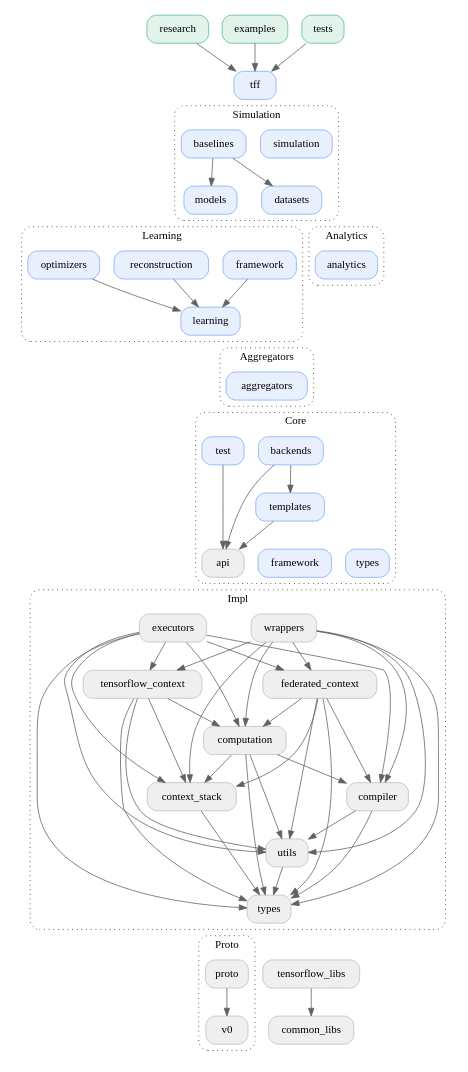
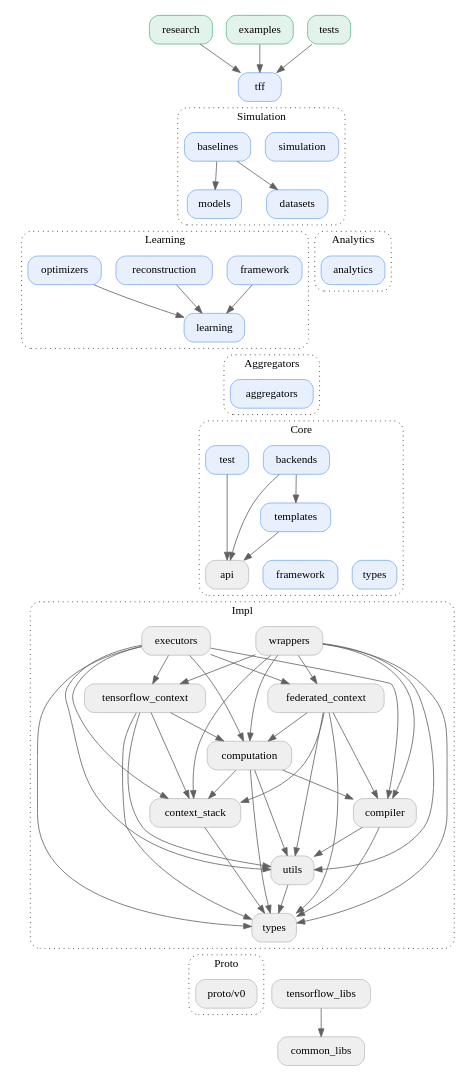
The diagram in docs/design/package_structure.dot (google-parfait/tensorflow-federated), drawn with Graphviz before and after one commit. The commit also changed 1 other file, not shown here.

```diff
--- a/docs/design/package_structure.dot
+++ b/docs/design/package_structure.dot
@@ -9,15 +9,15 @@
   examples -> tff
   tests -> tff
 
-  research [href="#research" target="_parent", fillcolor="#E2F3EB", color="#57BB8A"]
-  examples [href="#examples" target="_parent", fillcolor="#E2F3EB", color="#57BB8A"]
-  tests [href="#tests" target="_parent", fillcolor="#E2F3EB", color="#57BB8A"]
+  research [href="https://github.com/google-research/federated/blob/master/" target="_parent", fillcolor="#E2F3EB", color="#57BB8A"]
+  examples [href="https://github.com/tensorflow/federated/blob/master/tensorflow_federated/python/examples" target="_parent", fillcolor="#E2F3EB", color="#57BB8A"]
+  tests [href="https://github.com/tensorflow/federated/blob/master/tensorflow_federated/python/tests" target="_parent", fillcolor="#E2F3EB", color="#57BB8A"]
 
   // TFF
   tff -> simulation [arrowhead="none", style="invisible"]
   tff -> simulation_baselines [arrowhead="none", style="invisible"]
 
-  tff [href="#tff" target="_parent", fillcolor="#E8F0FE", color="#7BAAF7"]
+  tff [href="https://github.com/tensorflow/federated/blob/master/tensorflow_federated/" target="_parent", fillcolor="#E8F0FE", color="#7BAAF7"]
 
   // Simulation
   simulation_baselines -> simulation_models
@@ -29,11 +29,11 @@
   simulation_datasets -> analytics [arrowhead="none", style="invisible"]
 
   subgraph cluster_simulation {
-    graph [label="Simulation", href="#tff-simulation" target="_parent"]
-    simulation_baselines [label="baselines", href="#tff-simulation" target="_parent", fillcolor="#E8F0FE", color="#7BAAF7"]
-    simulation_models [label="models", href="#tff-simulation" target="_parent", fillcolor="#E8F0FE", color="#7BAAF7"]
-    simulation_datasets [label="datasets", href="#tff-simulation" target="_parent", fillcolor="#E8F0FE", color="#7BAAF7"]
-    simulation [href="#tff-simulation" target="_parent", fillcolor="#E8F0FE", color="#7BAAF7"]
+    graph [label="Simulation", href="https://github.com/tensorflow/federated/blob/master/tensorflow_federated/python/simulation" target="_parent"]
+    simulation_baselines [label="baselines", href="https://github.com/tensorflow/federated/blob/master/tensorflow_federated/python/simulation/baselines" target="_parent", fillcolor="#E8F0FE", color="#7BAAF7"]
+    simulation_models [label="models", href="https://github.com/tensorflow/federated/blob/master/tensorflow_federated/python/simulation/models" target="_parent", fillcolor="#E8F0FE", color="#7BAAF7"]
+    simulation_datasets [label="datasets", href="https://github.com/tensorflow/federated/blob/master/tensorflow_federated/python/simulation/datasets" target="_parent", fillcolor="#E8F0FE", color="#7BAAF7"]
+    simulation [href="https://github.com/tensorflow/federated/blob/master/tensorflow_federated/python/simulation" target="_parent", fillcolor="#E8F0FE", color="#7BAAF7"]
   }
 
   // Learning
@@ -46,19 +46,19 @@
   learning -> aggregators [arrowhead="none", style="invisible"]
 
   subgraph cluster_learning {
-    graph [label="Learning", href="#tff-learning" target="_parent"]
-    learning_framework [label="framework", href="#tff-learning" target="_parent", fillcolor="#E8F0FE", color="#7BAAF7"]
-    learning_optimizers [label="optimizers", href="#tff-learning" target="_parent", fillcolor="#E8F0FE", color="#7BAAF7"]
-    learning_reconstruction [label="reconstruction", href="#tff-learning" target="_parent", fillcolor="#E8F0FE", color="#7BAAF7"]
-    learning [href="#tff-learning" target="_parent", fillcolor="#E8F0FE", color="#7BAAF7"]
+    graph [label="Learning", href="https://github.com/tensorflow/federated/blob/master/tensorflow_federated/python/learning" target="_parent"]
+    learning_framework [label="framework", href="https://github.com/tensorflow/federated/blob/master/tensorflow_federated/python/learning/framework" target="_parent", fillcolor="#E8F0FE", color="#7BAAF7"]
+    learning_optimizers [label="optimizers", href="https://github.com/tensorflow/federated/blob/master/tensorflow_federated/python/learning/optimizers" target="_parent", fillcolor="#E8F0FE", color="#7BAAF7"]
+    learning_reconstruction [label="reconstruction", href="https://github.com/tensorflow/federated/blob/master/tensorflow_federated/python/learning/reconstruction" target="_parent", fillcolor="#E8F0FE", color="#7BAAF7"]
+    learning [href="https://github.com/tensorflow/federated/blob/master/tensorflow_federated/python/learning" target="_parent", fillcolor="#E8F0FE", color="#7BAAF7"]
   }
 
   // Analytics
   analytics -> aggregators [arrowhead="none", style="invisible"]
 
   subgraph cluster_analytics {
-    graph [label="Analytics", href="#tff-analytics" target="_parent"]
-    analytics [href="#tff-analytics" target="_parent", fillcolor="#E8F0FE", color="#7BAAF7"]
+    graph [label="Analytics", href="https://github.com/tensorflow/federated/blob/master/tensorflow_federated/python/analytics" target="_parent"]
+    analytics [href="https://github.com/tensorflow/federated/blob/master/tensorflow_federated/python/analytics" target="_parent", fillcolor="#E8F0FE", color="#7BAAF7"]
   }
 
   // Aggregators
@@ -66,8 +66,8 @@
   aggregators -> core_test [arrowhead="none", style="invisible"]
 
   subgraph cluster_aggregators {
-    graph [label="Aggregators", href="#tff-aggregators" target="_parent"]
-    aggregators [href="#tff-learning" target="_parent", fillcolor="#E8F0FE", color="#7BAAF7"]
+    graph [label="Aggregators", href="https://github.com/tensorflow/federated/blob/master/tensorflow_federated/python/aggregators" target="_parent"]
+    aggregators [href="https://github.com/tensorflow/federated/blob/master/tensorflow_federated/python/aggregators" target="_parent", fillcolor="#E8F0FE", color="#7BAAF7"]
   }
 
   // Core
@@ -82,13 +82,13 @@
   core_api -> impl_executors [arrowhead="none", style="invisible"]
 
   subgraph cluster_core {
-    graph [label="Core", href="#tff-core" target="_parent"]
-    core_backends [label="backends", href="#tff-core" target="_parent", fillcolor="#E8F0FE", color="#7BAAF7"]
-    core_templates [label="templates", href="#tff-core" target="_parent", fillcolor="#E8F0FE", color="#7BAAF7"]
-    core_test [label="test", href="#tff-core" target="_parent", fillcolor="#E8F0FE", color="#7BAAF7"]
-    core_api [label="api", href="#tff-core" target="_parent"]
-    core_framework [label="framework", href="#tff-core" target="_parent", fillcolor="#E8F0FE", color="#7BAAF7"]
-    core_types [label="types", href="#tff-types" target="_parent", fillcolor="#E8F0FE", color="#7BAAF7"]
+    graph [label="Core", href="https://github.com/tensorflow/federated/blob/master/tensorflow_federated/python/core" target="_parent"]
+    core_backends [label="backends", href="https://github.com/tensorflow/federated/blob/master/tensorflow_federated/python/core/backends" target="_parent", fillcolor="#E8F0FE", color="#7BAAF7"]
+    core_templates [label="templates", href="https://github.com/tensorflow/federated/blob/master/tensorflow_federated/python/core/templates" target="_parent", fillcolor="#E8F0FE", color="#7BAAF7"]
+    core_test [label="test", href="https://github.com/tensorflow/federated/blob/master/tensorflow_federated/python/core/test" target="_parent", fillcolor="#E8F0FE", color="#7BAAF7"]
+    core_api [label="api", href="https://github.com/tensorflow/federated/blob/master/tensorflow_federated/python/core/api" target="_parent"]
+    core_framework [label="framework", href="https://github.com/tensorflow/federated/blob/master/tensorflow_federated/python/core/framework" target="_parent", fillcolor="#E8F0FE", color="#7BAAF7"]
+    core_types [label="types", href="https://github.com/tensorflow/federated/blob/master/tensorflow_federated/python/core/types" target="_parent", fillcolor="#E8F0FE", color="#7BAAF7"]
   }
 
   // Impl
@@ -124,34 +124,31 @@
   impl_context_stack -> impl_types
   impl_utils -> impl_types
 
-  impl_types -> proto [arrowhead="none", style="invisible"]
+  impl_types -> proto_v0 [arrowhead="none", style="invisible"]
   impl_types -> tensorflow_libs [arrowhead="none", style="invisible"]
 
   subgraph cluster_impl {
-    graph [label="Impl", href="#tff-impl" target="_parent"]
-    impl_wrappers [label="wrappers", href="#tff-impl" target="_parent"]
-    impl_executors [label="executors", href="#tff-impl" target="_parent"]
-    impl_tensorflow_context [label="tensorflow_context", href="#tff-impl" target="_parent"]
-    impl_federated_context [label="federated_context", href="#tff-impl" target="_parent"]
-    impl_computation [label="computation", href="#tff-impl" target="_parent"]
-    impl_compiler [label="compiler", href="#tff-impl" target="_parent"]
-    impl_context_stack [label="context_stack", href="#tff-impl" target="_parent"]
-    impl_utils [label="utils", href="#tff-impl" target="_parent"]
-    impl_types [label="types", href="#tff-impl" target="_parent"]
+    graph [label="Impl", href="https://github.com/tensorflow/federated/blob/master/tensorflow_federated/python/core/impl" target="_parent"]
+    impl_wrappers [label="wrappers", href="https://github.com/tensorflow/federated/blob/master/tensorflow_federated/python/core/impl/wrappers" target="_parent"]
+    impl_executors [label="executors", href="https://github.com/tensorflow/federated/blob/master/tensorflow_federated/python/core/impl/executors" target="_parent"]
+    impl_tensorflow_context [label="tensorflow_context", href="https://github.com/tensorflow/federated/blob/master/tensorflow_federated/python/core/impl/tensorflow_context" target="_parent"]
+    impl_federated_context [label="federated_context", href="https://github.com/tensorflow/federated/blob/master/tensorflow_federated/python/core/impl/federated_context" target="_parent"]
+    impl_computation [label="computation", href="https://github.com/tensorflow/federated/blob/master/tensorflow_federated/python/core/impl/computation" target="_parent"]
+    impl_compiler [label="compiler", href="https://github.com/tensorflow/federated/blob/master/tensorflow_federated/python/core/impl/compiler" target="_parent"]
+    impl_context_stack [label="context_stack", href="https://github.com/tensorflow/federated/blob/master/tensorflow_federated/python/core/impl/context_stack" target="_parent"]
+    impl_utils [label="utils", href="https://github.com/tensorflow/federated/blob/master/tensorflow_federated/python/core/impl/utils" target="_parent"]
+    impl_types [label="types", href="https://github.com/tensorflow/federated/blob/master/tensorflow_federated/python/core/impl/types" target="_parent"]
   }
 
   // Proto
-  proto -> proto_v0
-
   subgraph cluster_proto {
-    graph [label="Proto", href="#tff-proto" target="_parent"]
-    proto [href="#tff-proto" target="_parent"]
-    proto_v0 [label="v0" href="#tff-proto" target="_parent"]
+    graph [label="Proto", href="https://github.com/tensorflow/federated/blob/master/tensorflow_federated/proto" target="_parent"]
+    proto_v0 [label="proto/v0" href="https://github.com/tensorflow/federated/blob/master/tensorflow_federated/proto/v0" target="_parent"]
   }
 
   // Other
-  tensorflow_libs [href="#tff-tensorflow-libs" target="_parent"]
-  common_libs [href="#tff-common-libs" target="_parent"]
+  tensorflow_libs [href="https://github.com/tensorflow/federated/blob/master/tensorflow_federated/python/tensorflow_libs" target="_parent"]
+  common_libs [href="https://github.com/tensorflow/federated/blob/master/tensorflow_federated/python/common_libs" target="_parent"]
   tensorflow_libs -> common_libs
 
   // Layout
@@ -171,6 +168,6 @@
   {rank=same; impl_compiler, impl_context_stack}
   {rank=same; impl_utils}
   {rank=same; impl_types}
-  {rank=same; proto, tensorflow_libs}
+  {rank=same; proto_v0, tensorflow_libs}
   {rank=same; common_libs}
 }
```
